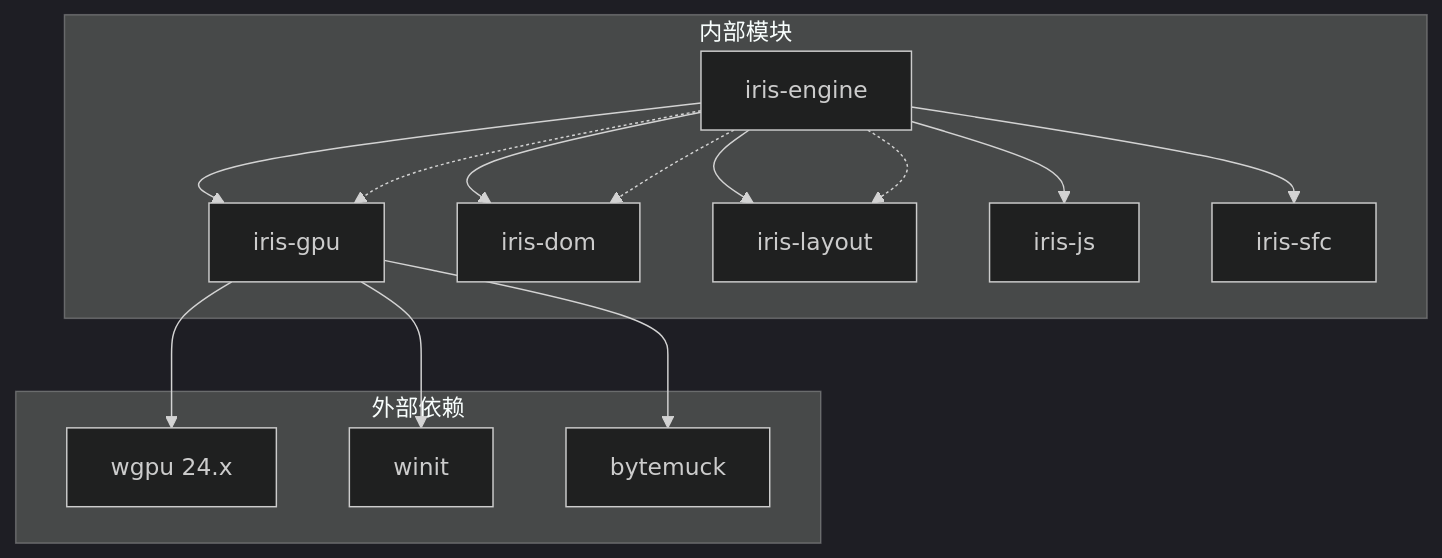
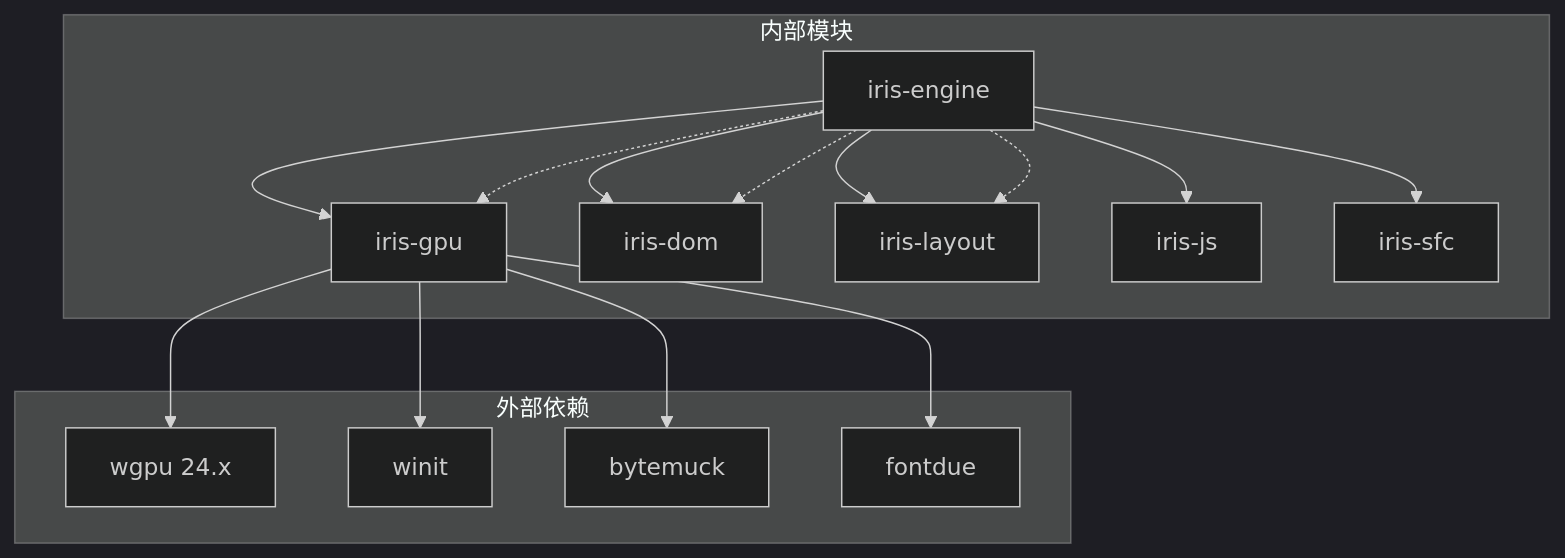
The tenth of 11 diagrams in .qoder/repowiki/zh/content/技术架构详解/WebGPU渲染引擎/VNode GPU渲染器模块.md (itszzl-sudo/iris), drawn with Mermaid (dark theme) before and after one commit. The commit also changed other lines of this file and 4 other files, not shown here.

````diff
--- a/.qoder/repowiki/zh/content/技术架构详解/WebGPU渲染引擎/VNode GPU渲染器模块.md
+++ b/.qoder/repowiki/zh/content/技术架构详解/WebGPU渲染引擎/VNode GPU渲染器模块.md
@@ -381,27 +430,29 @@
 ```mermaid
 graph TB
 subgraph "外部依赖"
 WGPU[wgpu 24.x]
 WINIT[winit]
 BYTEMUCK[bytemuck]
+FONTDUE[fontdue]
 end
 subgraph "内部模块"
 IRIS_ENGINE[iris-engine]
 IRIS_GPU[iris-gpu]
 IRIS_DOM[iris-dom]
 IRIS_LAYOUT[iris-layout]
 IRIS_JS[iris-js]
 IRIS_SFC[iris-sfc]
 end
 IRIS_ENGINE --> IRIS_GPU
 IRIS_ENGINE --> IRIS_DOM
 IRIS_ENGINE --> IRIS_LAYOUT
 IRIS_ENGINE --> IRIS_JS
 IRIS_ENGINE --> IRIS_SFC
 IRIS_GPU --> WGPU
 IRIS_GPU --> WINIT
 IRIS_GPU --> BYTEMUCK
+IRIS_GPU --> FONTDUE
 IRIS_ENGINE -.-> IRIS_GPU
 IRIS_ENGINE -.-> IRIS_DOM
 IRIS_ENGINE -.-> IRIS_LAYOUT
 ```
````
